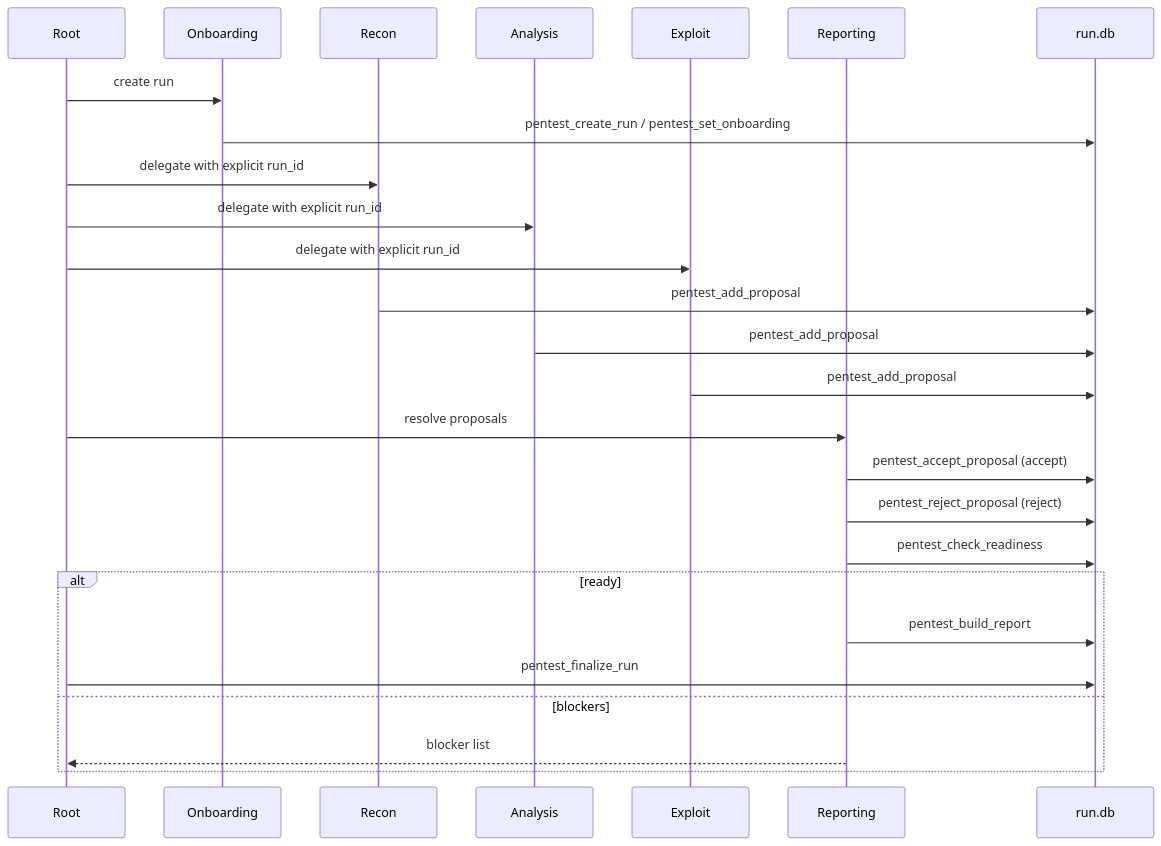
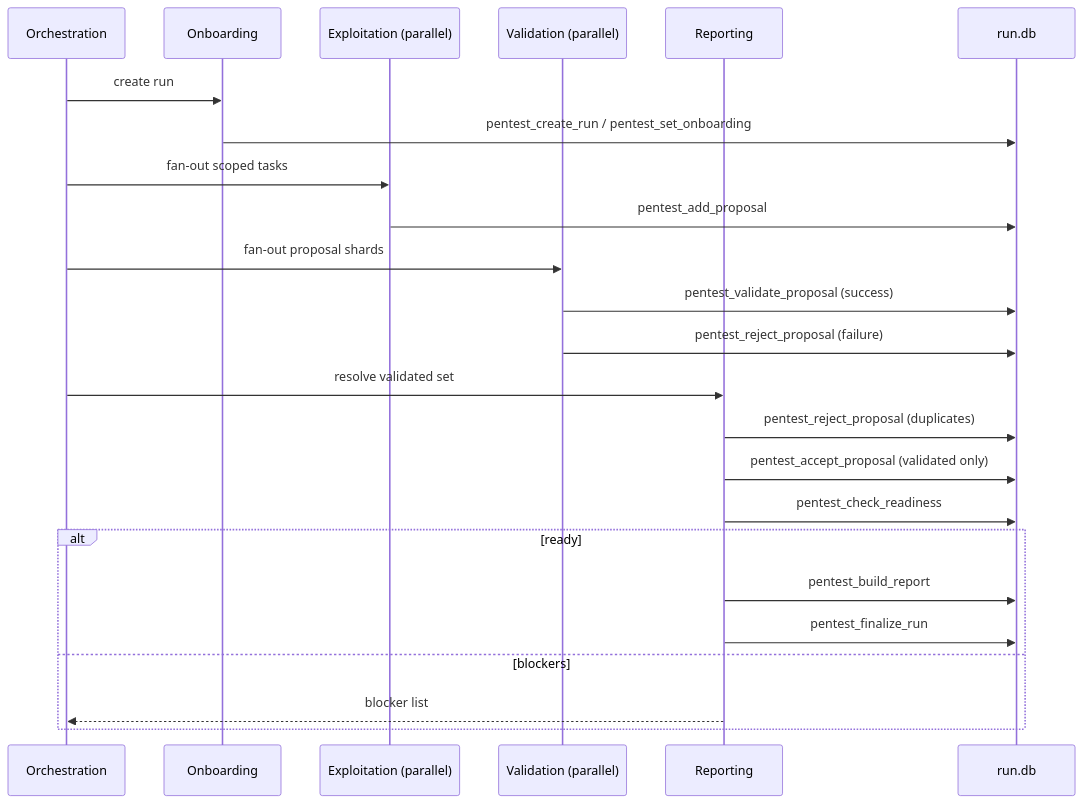
The fifth of 5 diagrams in features/database.md (mkdirtim/FERR), drawn with Mermaid before and after one commit. The commit also changed other lines of this file and 18 other files, not shown here.

Commit message:
pentest: finalize orchestration/validation pipeline and agent contracts

````diff
--- a/features/database.md
+++ b/features/database.md
@@ -283,29 +287,27 @@
 ```mermaid
 sequenceDiagram
-    participant Root
+    participant Orchestration
     participant Onboarding
-    participant Recon
-    participant Analysis
-    participant Exploit
+    participant Exploit as Exploitation (parallel)
+    participant Validate as Validation (parallel)
     participant Reporting
     participant DB as run.db
 
-    Root->>Onboarding: create run
+    Orchestration->>Onboarding: create run
     Onboarding->>DB: pentest_create_run / pentest_set_onboarding
-    Root->>Recon: delegate with explicit run_id
-    Root->>Analysis: delegate with explicit run_id
-    Root->>Exploit: delegate with explicit run_id
-    Recon->>DB: pentest_add_proposal
-    Analysis->>DB: pentest_add_proposal
+    Orchestration->>Exploit: fan-out scoped tasks
     Exploit->>DB: pentest_add_proposal
-    Root->>Reporting: resolve proposals
-    Reporting->>DB: pentest_accept_proposal (accept)
-    Reporting->>DB: pentest_reject_proposal (reject)
+    Orchestration->>Validate: fan-out proposal shards
+    Validate->>DB: pentest_validate_proposal (success)
+    Validate->>DB: pentest_reject_proposal (failure)
+    Orchestration->>Reporting: resolve validated set
+    Reporting->>DB: pentest_reject_proposal (duplicates)
+    Reporting->>DB: pentest_accept_proposal (validated only)
     Reporting->>DB: pentest_check_readiness
     alt ready
       Reporting->>DB: pentest_build_report
-      Root->>DB: pentest_finalize_run
+      Reporting->>DB: pentest_finalize_run
     else blockers
-      Reporting-->>Root: blocker list
+      Reporting-->>Orchestration: blocker list
     end
 ```
````
